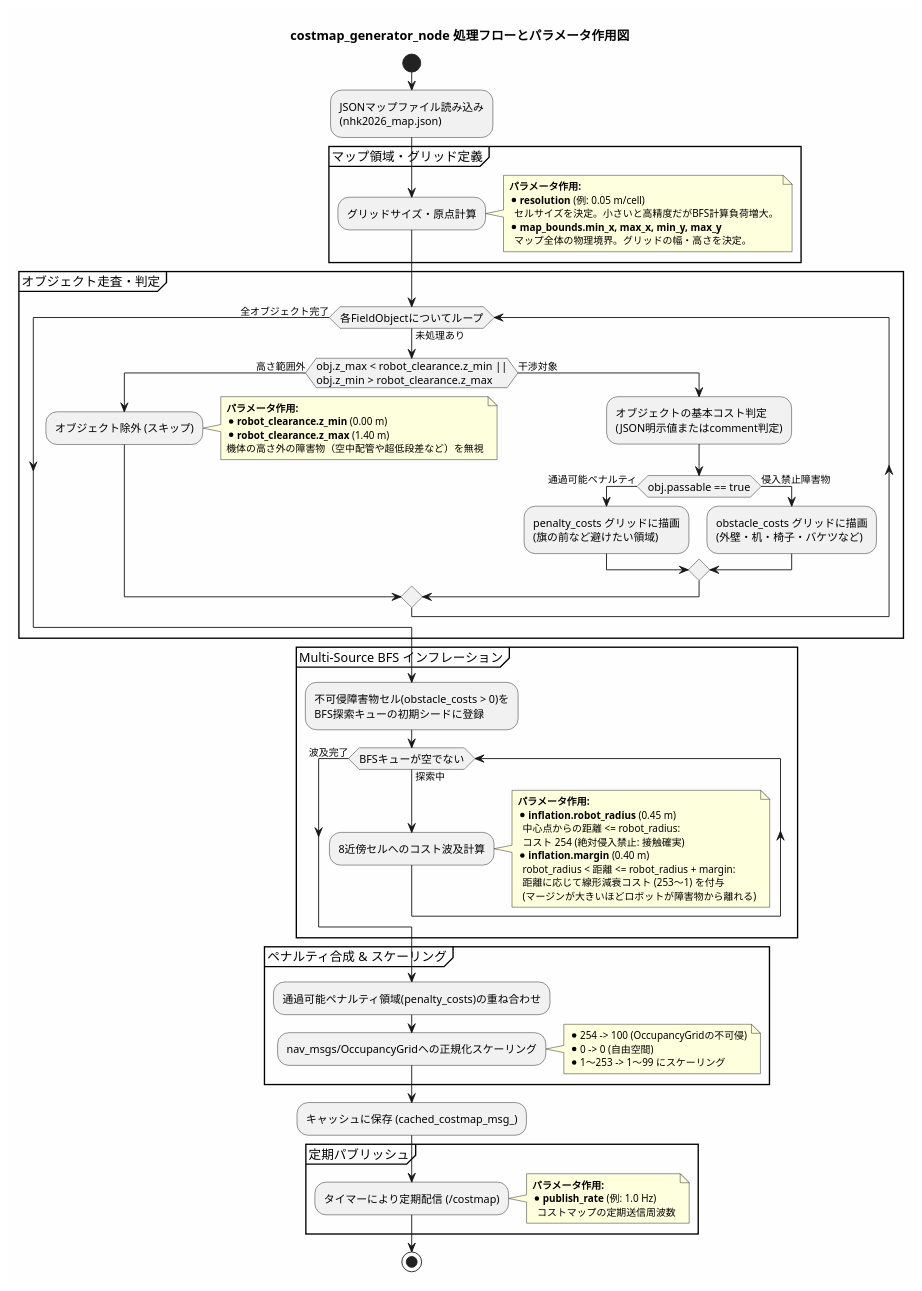
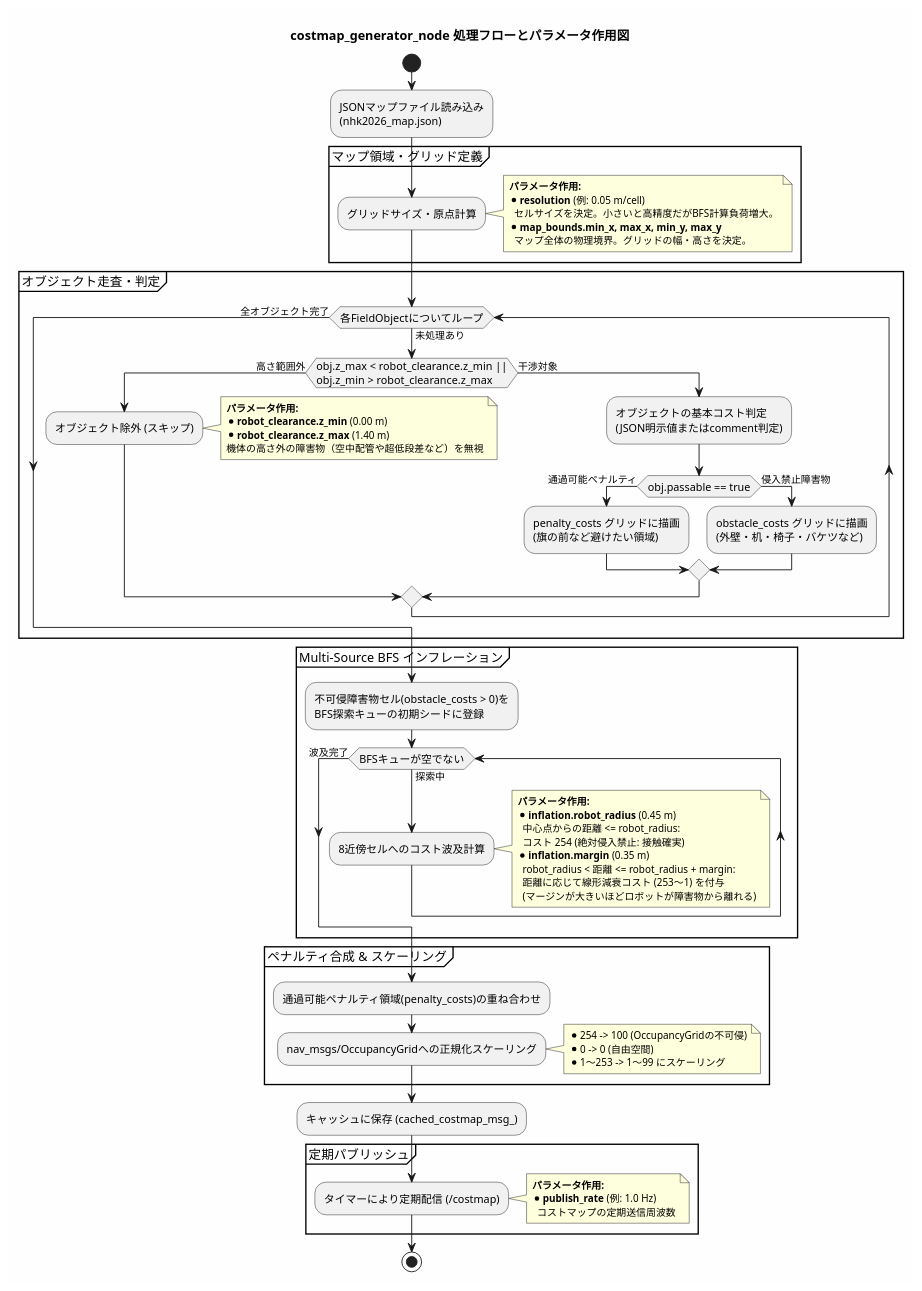
One commit to tmcit-ararobo-2026a/gn10-navigation changed the diagram in docs/costmap_generator_flow.pu. Above: the diagram before and after it, drawn with PlantUML. The commit also changed 9 other files, not shown here.

Commit message:
docs: update PlantUML diagrams and READMEs to reflect 2-stage hybrid smoothing (Elastic Band + Fillet)

```diff
--- a/docs/costmap_generator_flow.pu
+++ b/docs/costmap_generator_flow.pu
@@ -1,86 +1,86 @@
 @startuml costmap_generator_flow
 skinparam backgroundColor #FEFEFE
 skinparam activityFontSize 12
 skinparam noteFontSize 11
 
 title costmap_generator_node 処理フローとパラメータ作用図
 
 start
 
 :JSONマップファイル読み込み\n(nhk2026_map.json);
 
 partition "マップ領域・グリッド定義" {
     :グリッドサイズ・原点計算;
     note right
       <b>パラメータ作用:</b>
       * <b>resolution</b> (例: 0.05 m/cell)
         セルサイズを決定。小さいと高精度だがBFS計算負荷増大。
       * <b>map_bounds.min_x, max_x, min_y, max_y</b>
         マップ全体の物理境界。グリッドの幅・高さを決定。
     end note
 }
 
 partition "オブジェクト走査・判定" {
     while (各FieldObjectについてループ) is (未処理あり)
         if (obj.z_max < robot_clearance.z_min ||\nobj.z_min > robot_clearance.z_max) then (高さ範囲外)
             :オブジェクト除外 (スキップ);
             note right
               <b>パラメータ作用:</b>
               * <b>robot_clearance.z_min</b> (0.00 m)
               * <b>robot_clearance.z_max</b> (1.40 m)
               機体の高さ外の障害物（空中配管や超低段差など）を無視
             end note
         else (干渉対象)
             :オブジェクトの基本コスト判定\n(JSON明示値またはcomment判定);
             if (obj.passable == true) then (通過可能ペナルティ)
                 :penalty_costs グリッドに描画\n(旗の前など避けたい領域);
             else (侵入禁止障害物)
                 :obstacle_costs グリッドに描画\n(外壁・机・椅子・バケツなど);
             end if
         end if
     endwhile (全オブジェクト完了)
 }
 
 partition "Multi-Source BFS インフレーション" {
     :不可侵障害物セル(obstacle_costs > 0)を\nBFS探索キューの初期シードに登録;
     
     while (BFSキューが空でない) is (探索中)
         :8近傍セルへのコスト波及計算;
         note right
           <b>パラメータ作用:</b>
           * <b>inflation.robot_radius</b> (0.45 m)
             中心点からの距離 <= robot_radius:
             コスト 254 (絶対侵入禁止: 接触確実)
-          * <b>inflation.margin</b> (0.40 m)
+          * <b>inflation.margin</b> (0.35 m)
             robot_radius < 距離 <= robot_radius + margin:
             距離に応じて線形減衰コスト (253〜1) を付与
             (マージンが大きいほどロボットが障害物から離れる)
         end note
     endwhile (波及完了)
 }
 
 partition "ペナルティ合成 & スケーリング" {
     :通過可能ペナルティ領域(penalty_costs)の重ね合わせ;
     
     :nav_msgs/OccupancyGridへの正規化スケーリング;
     note right
       * 254 -> 100 (OccupancyGridの不可侵)
       * 0 -> 0 (自由空間)
       * 1〜253 -> 1〜99 にスケーリング
     end note
 }
 
 :キャッシュに保存 (cached_costmap_msg_);
 
 partition "定期パブリッシュ" {
     :タイマーにより定期配信 (/costmap);
     note right
       <b>パラメータ作用:</b>
       * <b>publish_rate</b> (例: 1.0 Hz)
         コストマップの定期送信周波数
     end note
 }
 
 stop
 
 @enduml
```
